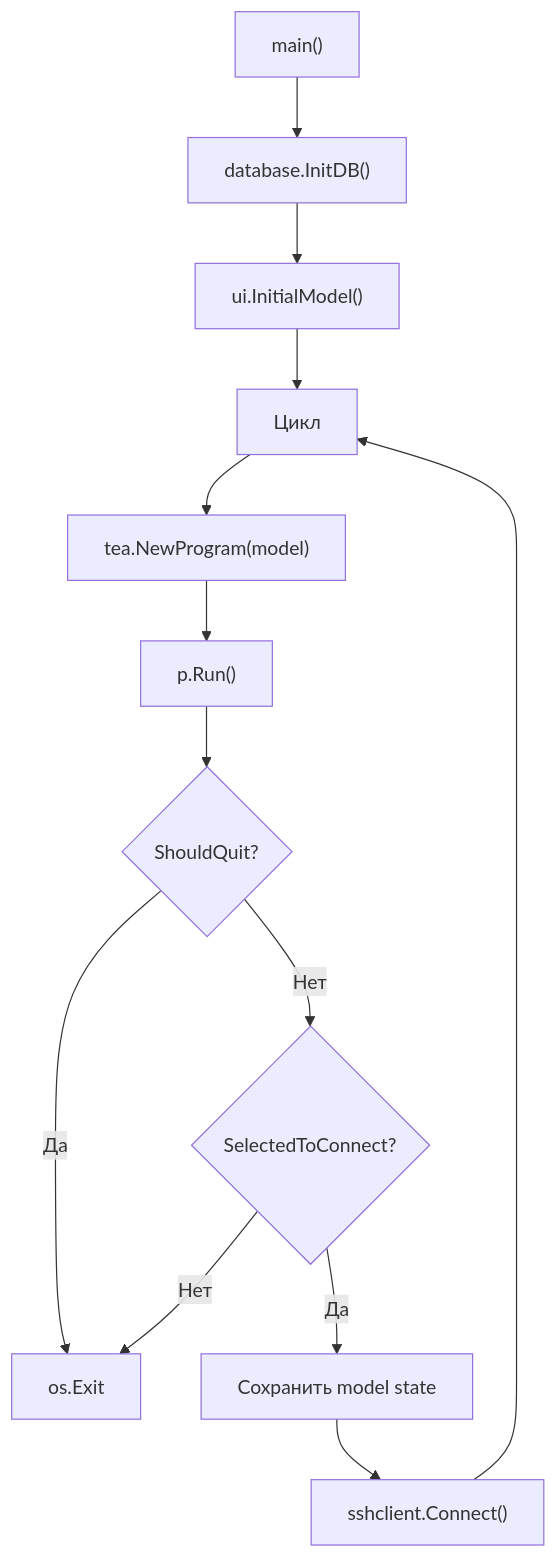
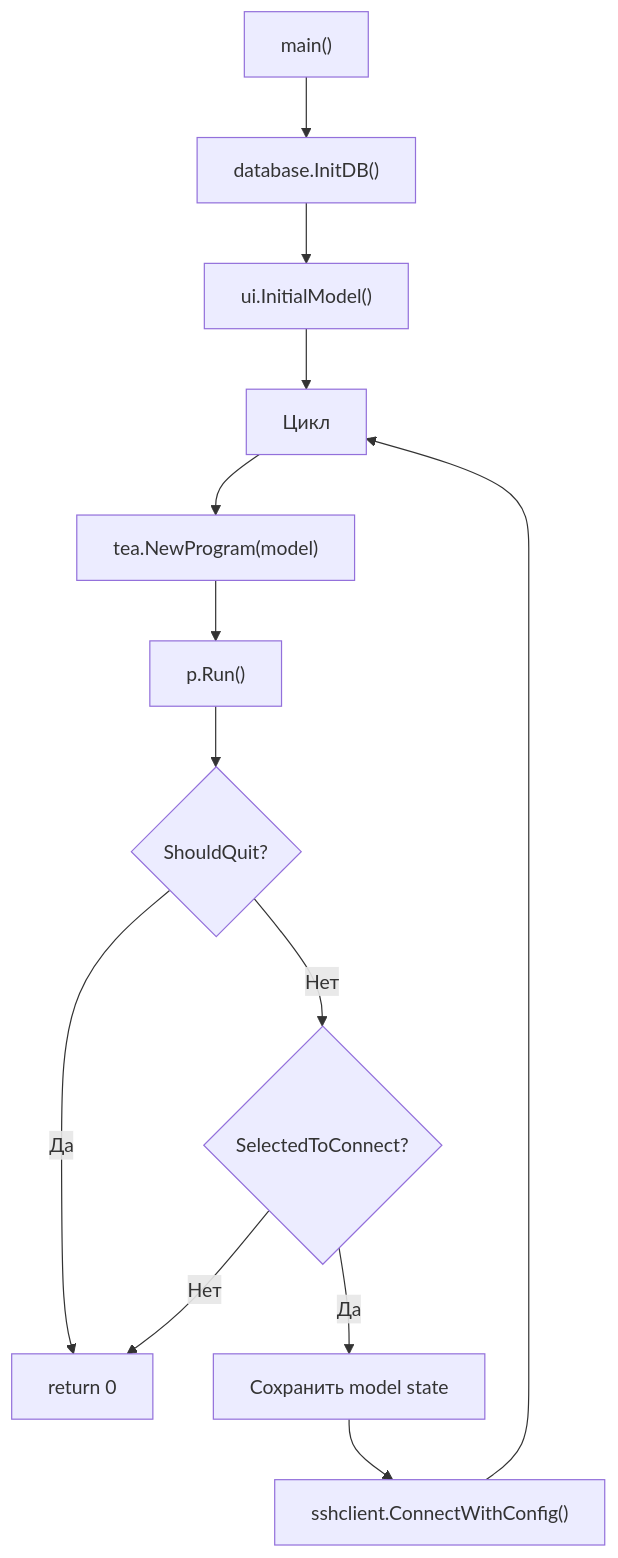
Before and after one commit to usov-ap/makoterm3: the second of 4 diagrams in docs/architecture.md, drawn with Mermaid. The commit also changed other lines of this file and 8 other files, not shown here.

````diff
--- a/docs/architecture.md
+++ b/docs/architecture.md
@@ -34,15 +34,15 @@
 ```mermaid
 flowchart TD
     Start["main()"] --> InitDB["database.InitDB()"]
     InitDB --> CreateModel["ui.InitialModel()"]
     CreateModel --> Loop["Цикл"]
     Loop --> NewProgram["tea.NewProgram(model)"]
     NewProgram --> Run["p.Run()"]
     Run --> CheckQuit{"ShouldQuit?"}
-    CheckQuit -->|Да| Exit["os.Exit"]
+    CheckQuit -->|Да| Exit["return 0"]
     CheckQuit -->|Нет| CheckSSH{"SelectedToConnect?"}
     CheckSSH -->|Нет| Exit
     CheckSSH -->|Да| SaveState["Сохранить model state"]
-    SaveState --> SSHConnect["sshclient.Connect()"]
+    SaveState --> SSHConnect["sshclient.ConnectWithConfig()"]
     SSHConnect --> Loop
 ```
````
